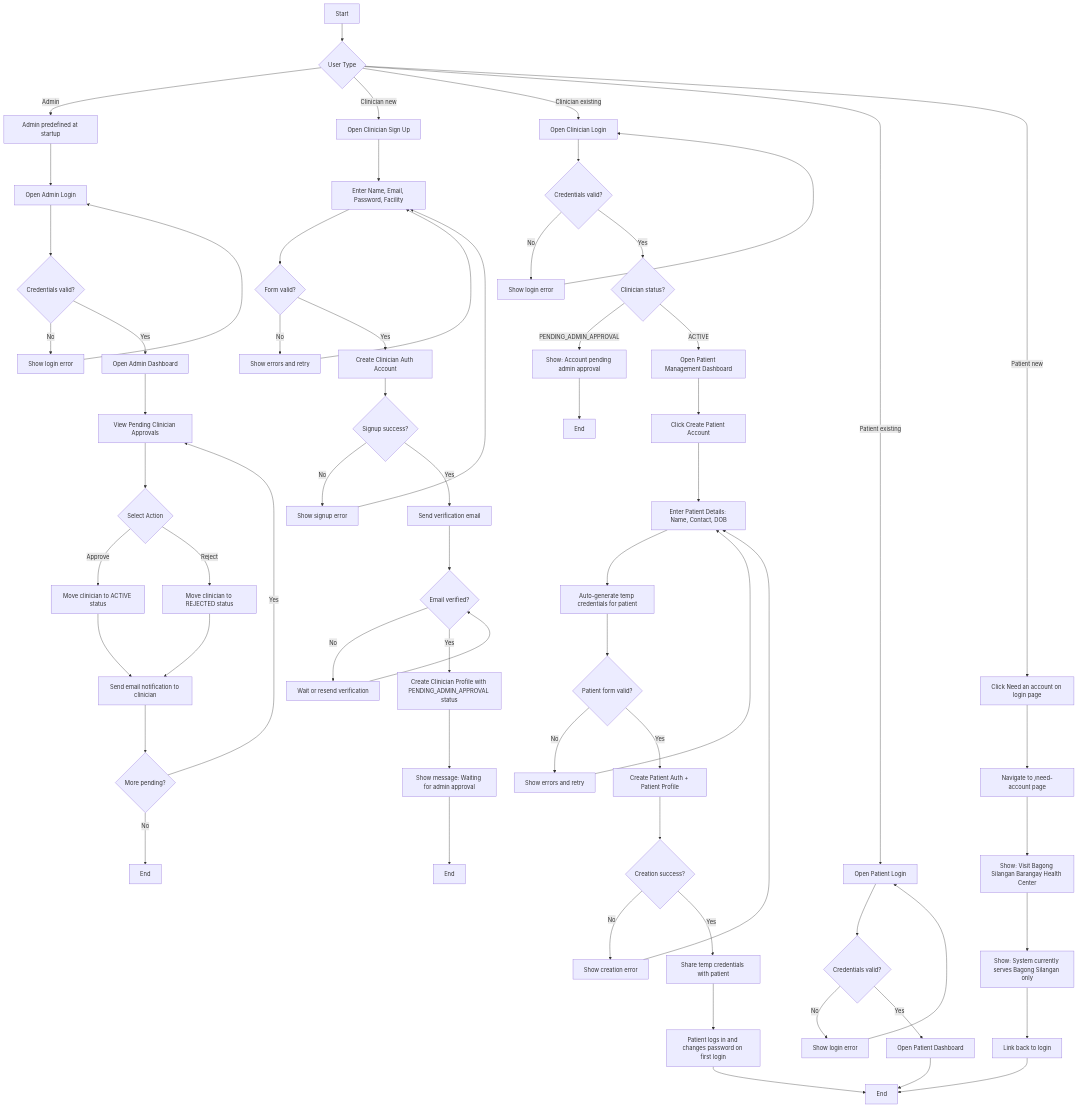
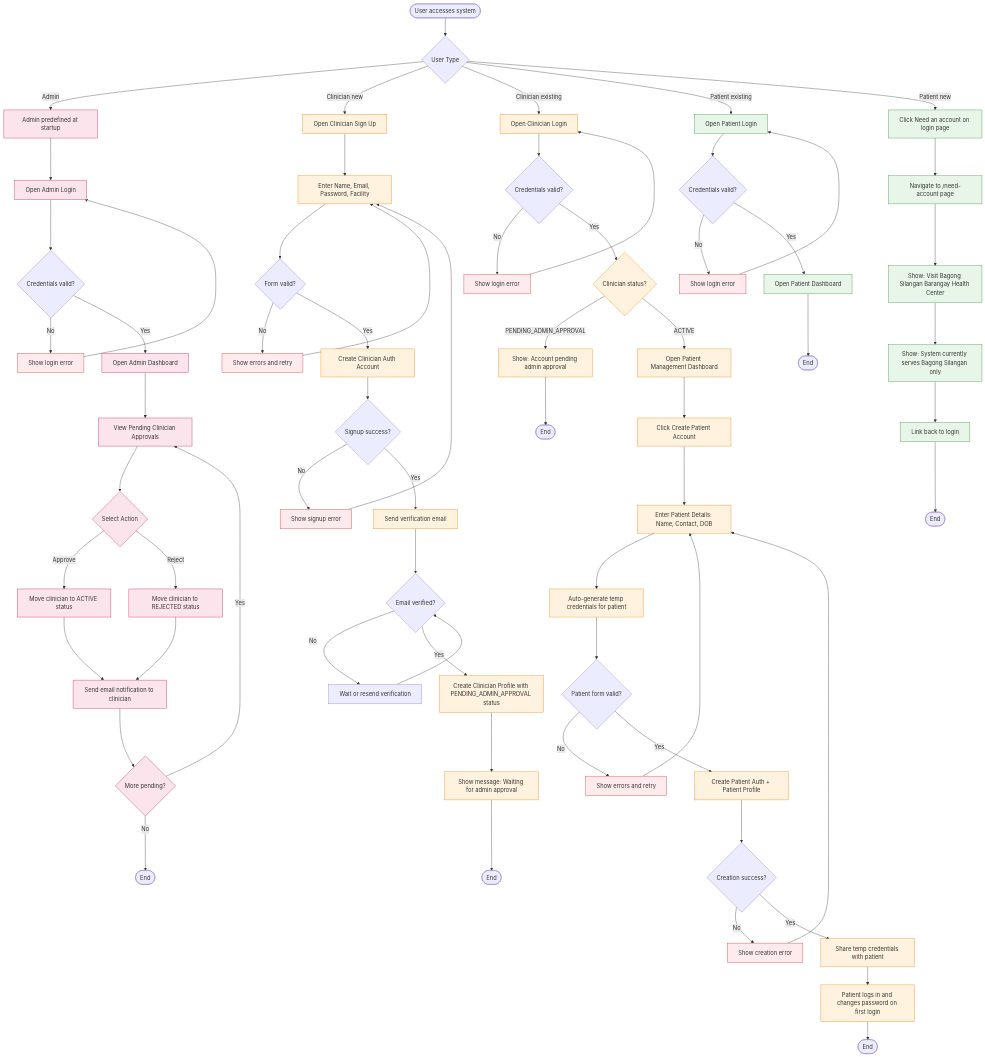
One commit to notlath/aill-be-sick changed the diagram in docs/ACCOUNT_CREATION_FLOWCHART.md. Above: the diagram before and after it, drawn with Mermaid. The commit also changed other lines of this file and 6 other files, not shown here.

First line of the commit message:
feat(clinician): add patient creation feature with documentation updates

````diff
--- a/docs/ACCOUNT_CREATION_FLOWCHART.md
+++ b/docs/ACCOUNT_CREATION_FLOWCHART.md
@@ -3,79 +17,94 @@
 ```mermaid
 flowchart TD
-    A[Start] --> B{User Type}
+    %% ========== ENTRY POINT ==========
+    Start([User accesses system]) --> UserType{User Type}
 
-    %% ADMIN PATH (System-created, no self-signup)
-    B -->|Admin| A1[Admin predefined at startup]
-    A1 --> A2[Open Admin Login]
-    A2 --> A3{Credentials valid?}
-    A3 -->|No| A4[Show login error]
-    A4 --> A2
-    A3 -->|Yes| A5[Open Admin Dashboard]
-    A5 --> A6[View Pending Clinician Approvals]
-    A6 --> A7{Select Action}
-    A7 -->|Approve| A8[Move clinician to ACTIVE status]
-    A7 -->|Reject| A9[Move clinician to REJECTED status]
-    A8 --> A10[Send email notification to clinician]
-    A9 --> A10
-    A10 --> A11{More pending?}
-    A11 -->|Yes| A6
-    A11 -->|No| A12[End]
+    %% ========== ADMIN PATH ==========
+    UserType -->|Admin| AdminPredefined[Admin predefined at startup]
+    AdminPredefined --> AdminLogin[Open Admin Login]
+    AdminLogin --> AdminCredsValid{Credentials valid?}
+    AdminCredsValid -->|No| AdminLoginError[Show login error]
+    AdminLoginError --> AdminLogin
+    AdminCredsValid -->|Yes| AdminDashboard[Open Admin Dashboard]
+    AdminDashboard --> ViewPending[View Pending Clinician Approvals]
+    ViewPending --> AdminAction{Select Action}
+    AdminAction -->|Approve| ApproveClinician[Move clinician to ACTIVE status]
+    AdminAction -->|Reject| RejectClinician[Move clinician to REJECTED status]
+    ApproveClinician --> SendNotification[Send email notification to clinician]
+    RejectClinician --> SendNotification
+    SendNotification --> MorePending{More pending?}
+    MorePending -->|Yes| ViewPending
+    MorePending -->|No| AdminEnd([End])
 
-    %% CLINICIAN NEW PATH
-    B -->|Clinician new| C[Open Clinician Sign Up]
-    C --> D[Enter Name, Email, Password, Facility]
-    D --> E{Form valid?}
-    E -->|No| E1[Show errors and retry]
-    E1 --> D
-    E -->|Yes| F[Create Clinician Auth Account]
-    F --> G{Signup success?}
-    G -->|No| G1[Show signup error]
-    G1 --> D
-    G -->|Yes| H[Send verification email]
-    H --> I{Email verified?}
-    I -->|No| I1[Wait or resend verification]
-    I1 --> I
-    I -->|Yes| J[Create Clinician Profile with PENDING_ADMIN_APPROVAL status]
-    J --> J1[Show message: Waiting for admin approval]
-    J1 --> J2[End]
+    %% ========== CLINICIAN NEW PATH ==========
+    UserType -->|Clinician new| ClinicianSignUp[Open Clinician Sign Up]
+    ClinicianSignUp --> EnterDetails[Enter Name, Email, Password, Facility]
+    EnterDetails --> FormValid{Form valid?}
+    FormValid -->|No| ShowFormErrors[Show errors and retry]
+    ShowFormErrors --> EnterDetails
+    FormValid -->|Yes| CreateAuth[Create Clinician Auth Account]
+    CreateAuth --> SignupSuccess{Signup success?}
+    SignupSuccess -->|No| ShowSignupError[Show signup error]
+    ShowSignupError --> EnterDetails
+    SignupSuccess -->|Yes| SendVerification[Send verification email]
+    SendVerification --> EmailVerified{Email verified?}
+    EmailVerified -->|No| WaitResend[Wait or resend verification]
+    WaitResend --> EmailVerified
+    EmailVerified -->|Yes| CreateProfile[Create Clinician Profile with PENDING_ADMIN_APPROVAL status]
+    CreateProfile --> ShowPendingMessage[Show message: Waiting for admin approval]
+    ShowPendingMessage --> ClinicianNewEnd([End])
 
-    %% CLINICIAN EXISTING PATH
-    B -->|Clinician existing| K[Open Clinician Login]
-    K --> L{Credentials valid?}
-    L -->|No| L1[Show login error]
-    L1 --> K
-    L -->|Yes| M{Clinician status?}
-    M -->|PENDING_ADMIN_APPROVAL| M1[Show: Account pending admin approval]
-    M1 --> M2[End]
-    M -->|ACTIVE| N[Open Patient Management Dashboard]
+    %% ========== CLINICIAN EXISTING PATH ==========
+    UserType -->|Clinician existing| ClinicianLogin[Open Clinician Login]
+    ClinicianLogin --> ClinicianCredsValid{Credentials valid?}
+    ClinicianCredsValid -->|No| ClinicianLoginError[Show login error]
+    ClinicianLoginError --> ClinicianLogin
+    ClinicianCredsValid -->|Yes| ClinicianStatus{Clinician status?}
+    ClinicianStatus -->|PENDING_ADMIN_APPROVAL| ShowPendingApproval[Show: Account pending admin approval]
+    ShowPendingApproval --> ClinicianExistingEnd([End])
+    ClinicianStatus -->|ACTIVE| PatientDashboard[Open Patient Management Dashboard]
 
-    N --> O[Click Create Patient Account]
-    O --> P[Enter Patient Details: Name, Contact, DOB]
-    P --> Q[Auto-generate temp credentials for patient]
-    Q --> R{Patient form valid?}
-    R -->|No| R1[Show errors and retry]
-    R1 --> P
-    R -->|Yes| S[Create Patient Auth + Patient Profile]
-    S --> T{Creation success?}
-    T -->|No| T1[Show creation error]
-    T1 --> P
-    T -->|Yes| U[Share temp credentials with patient]
-    U --> V[Patient logs in and changes password on first login]
-    V --> W[End]
+    %% ========== PATIENT CREATION BY CLINICIAN ==========
+    PatientDashboard --> ClickCreatePatient[Click Create Patient Account]
+    ClickCreatePatient --> EnterPatientDetails[Enter Patient Details: Name, Contact, DOB]
+    EnterPatientDetails --> AutoGenCredentials[Auto-generate temp credentials for patient]
+    AutoGenCredentials --> PatientFormValid{Patient form valid?}
+    PatientFormValid -->|No| ShowPatientFormErrors[Show errors and retry]
+    ShowPatientFormErrors --> EnterPatientDetails
+    PatientFormValid -->|Yes| CreatePatientAccount[Create Patient Auth + Patient Profile]
+    CreatePatientAccount --> PatientCreationSuccess{Creation success?}
+    PatientCreationSuccess -->|No| ShowCreationError[Show creation error]
+    ShowCreationError --> EnterPatientDetails
+    PatientCreationSuccess -->|Yes| ShareCredentials[Share temp credentials with patient]
+    ShareCredentials --> PatientFirstLogin[Patient logs in and changes password on first login]
+    PatientFirstLogin --> PatientCreationEnd([End])
 
-    %% PATIENT EXISTING PATH
-    B -->|Patient existing| X[Open Patient Login]
-    X --> Y{Credentials valid?}
-    Y -->|No| Y1[Show login error]
-    Y1 --> X
-    Y -->|Yes| Z[Open Patient Dashboard]
-    Z --> W
+    %% ========== PATIENT EXISTING PATH ==========
+    UserType -->|Patient existing| PatientLogin[Open Patient Login]
+    PatientLogin --> PatientCredsValid{Credentials valid?}
+    PatientCredsValid -->|No| PatientLoginError[Show login error]
+    PatientLoginError --> PatientLogin
+    PatientCredsValid -->|Yes| PatientDashboardView[Open Patient Dashboard]
+    PatientDashboardView --> PatientExistingEnd([End])
 
-    %% PATIENT NEW PATH
-    B -->|Patient new| X1[Click Need an account on login page]
-    X1 --> X2[Navigate to /need-account page]
-    X2 --> X3[Show: Visit Bagong Silangan Barangay Health Center]
-    X3 --> X4[Show: System currently serves Bagong Silangan only]
-    X4 --> X5[Link back to login]
-    X5 --> W
+    %% ========== PATIENT NEW PATH ==========
+    UserType -->|Patient new| ClickNeedAccount[Click Need an account on login page]
+    ClickNeedAccount --> NavigateNeedAccount[Navigate to /need-account page]
+    NavigateNeedAccount --> ShowVisitHealthCenter[Show: Visit Bagong Silangan Barangay Health Center]
+    ShowVisitHealthCenter --> ShowServiceArea[Show: System currently serves Bagong Silangan only]
+    ShowServiceArea --> LinkBackLogin[Link back to login]
+    LinkBackLogin --> PatientNewEnd([End])
+
+    %% ========== STYLES ==========
+    classDef adminNode fill:#fce4ec,stroke:#c2185b
+    classDef clinicianNode fill:#fff3e0,stroke:#f57c00
+    classDef patientNode fill:#e8f5e9,stroke:#388e3c
+    classDef errorNode fill:#ffebee,stroke:#d32f2f
+    classDef successNode fill:#e8f5e9,stroke:#388e3c
+
+    %% Apply styles to nodes
+    class AdminPredefined,AdminLogin,AdminDashboard,ViewPending,AdminAction,ApproveClinician,RejectClinician,SendNotification,MorePending adminNode
+    class ClinicianSignUp,EnterDetails,CreateAuth,SendVerification,CreateProfile,ShowPendingMessage,ClinicianLogin,ClinicianStatus,ShowPendingApproval,PatientDashboard,ClickCreatePatient,EnterPatientDetails,AutoGenCredentials,CreatePatientAccount,ShareCredentials,PatientFirstLogin clinicianNode
+    class PatientLogin,PatientDashboardView,ClickNeedAccount,NavigateNeedAccount,ShowVisitHealthCenter,ShowServiceArea,LinkBackLogin patientNode
+    class AdminLoginError,ShowFormErrors,ShowSignupError,ClinicianLoginError,ShowPatientFormErrors,ShowCreationError,PatientLoginError errorNode
 ```
````
